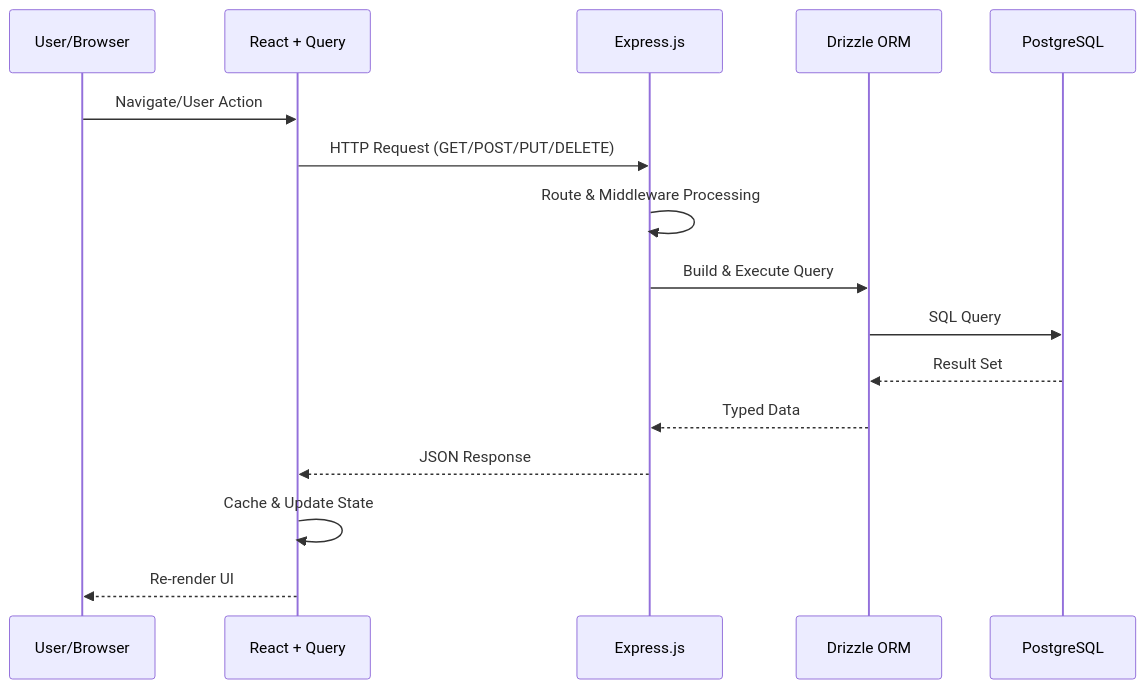
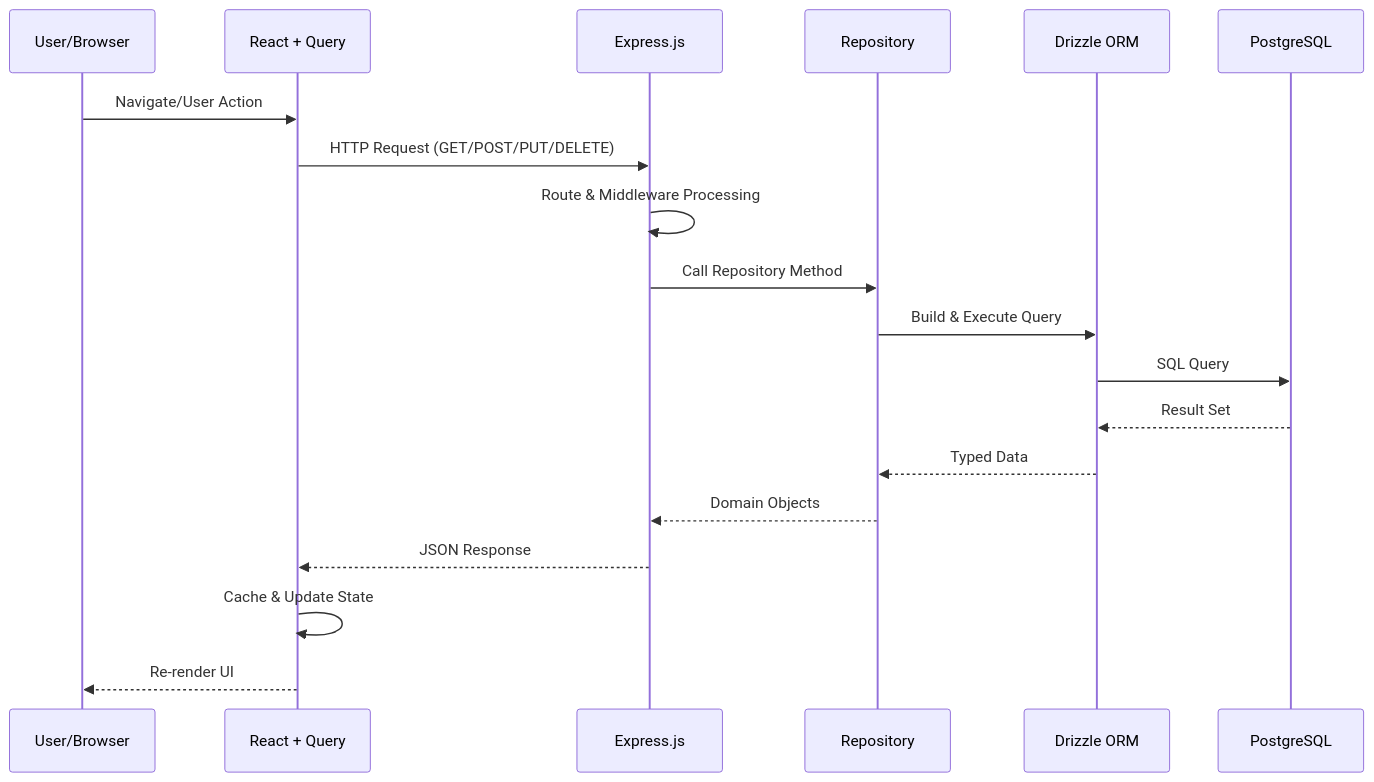
One commit to krzemienski/awesome-list-site changed the fourth of 7 diagrams in docs/ARCHITECTURE.md. Above: the diagram before and after it, drawn with Mermaid. The commit also changed other lines of this file, not shown here.

First line of the commit message:
auto-claude: subtask-5-3 - Update ARCHITECTURE.md with repository pattern

````diff
--- a/docs/ARCHITECTURE.md
+++ b/docs/ARCHITECTURE.md
@@ -159,19 +237,22 @@
 ```mermaid
 sequenceDiagram
     participant U as User/Browser
     participant R as React + Query
     participant E as Express.js
+    participant Repo as Repository
     participant D as Drizzle ORM
     participant DB as PostgreSQL
 
     U->>R: Navigate/User Action
     R->>E: HTTP Request (GET/POST/PUT/DELETE)
     E->>E: Route & Middleware Processing
-    E->>D: Build & Execute Query
+    E->>Repo: Call Repository Method
+    Repo->>D: Build & Execute Query
     D->>DB: SQL Query
     DB-->>D: Result Set
-    D-->>E: Typed Data
+    D-->>Repo: Typed Data
+    Repo-->>E: Domain Objects
     E-->>R: JSON Response
     R->>R: Cache & Update State
     R-->>U: Re-render UI
 ```
````
